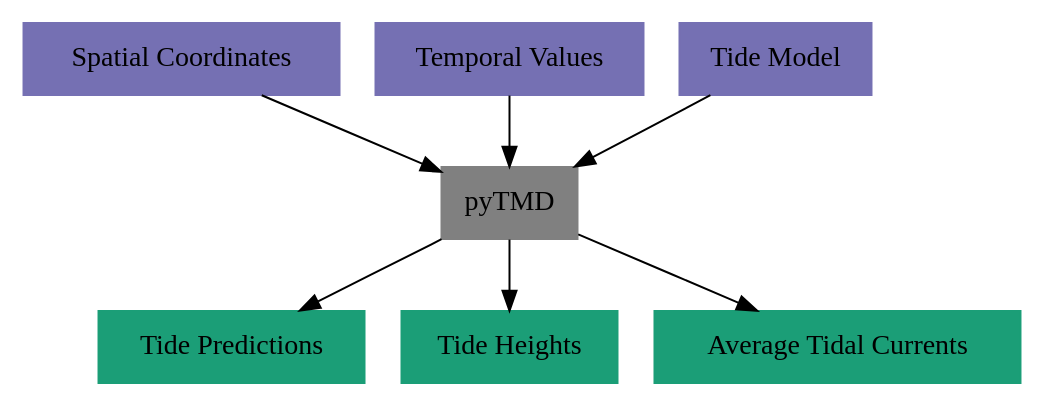
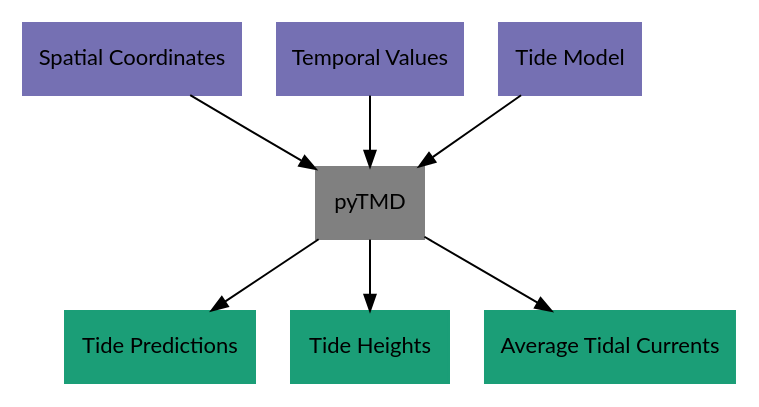
The first of 2 diagrams in doc/source/getting_started/Overview.rst (tsutterley/pyTMD), drawn with Graphviz before and after one commit. The commit also changed other lines of this file and 17 other files, not shown here.

```diff
--- a/doc/source/getting_started/Overview.rst
+++ b/doc/source/getting_started/Overview.rst
@@ -17,19 +17,54 @@
 .. graphviz::
     :caption: Ocean and Load Tide Framework
     :align: center
 
     digraph {
-        S [label="Spatial Coordinates" shape=box style="filled" color="#7570b3"]
-        E [label="Temporal Values" shape=box style="filled" color="#7570b3"]
-        M [label="Tide Model" shape=box style="filled" color="#7570b3"]
-        T [label="pyTMD" shape=box style="filled" color="gray"]
-        P [label="Tide Predictions" shape=box style="filled" color="#1b9e77"]
-        H [label="Tide Heights" shape=box style="filled" color="#1b9e77"]
-        C [label="Average Tidal Currents" shape=box style="filled" color="#1b9e77"]
-        S -> T
-        E -> T
-        M -> T
-        T -> P
-        T -> H
-        T -> C
+        S [label="Spatial Coordinates"
+            fontname="Lato"
+            fontsize=11
+            shape=box
+            style="filled"
+            color="#7570b3"]
+        E [label="Temporal Values"
+            fontname="Lato"
+            fontsize=11
+            shape=box
+            style="filled"
+            color="#7570b3"]
+        M [label="Tide Model"
+            fontname="Lato"
+            fontsize=11
+            shape=box
+            style="filled"
+            color="#7570b3"]
+        T [label="pyTMD"
+            fontname="Lato"
+            fontsize=11
+            shape=box
+            style="filled"
+            color="gray"]
+        P [label="Tide Predictions"
+            fontname="Lato"
+            fontsize=11
+            shape=box
+            style="filled"
+            color="#1b9e77"]
+        H [label="Tide Heights"
+            fontname="Lato"
+            fontsize=11
+            shape=box
+            style="filled"
+            color="#1b9e77"]
+        C [label="Average Tidal Currents"
+            fontname="Lato"
+            fontsize=11
+            shape=box
+            style="filled"
+            color="#1b9e77"]
+        S -> T [arrowsize=0.8]
+        E -> T [arrowsize=0.8]
+        M -> T [arrowsize=0.8]
+        T -> P [arrowsize=0.8]
+        T -> H [arrowsize=0.8]
+        T -> C [arrowsize=0.8]
     }
```
